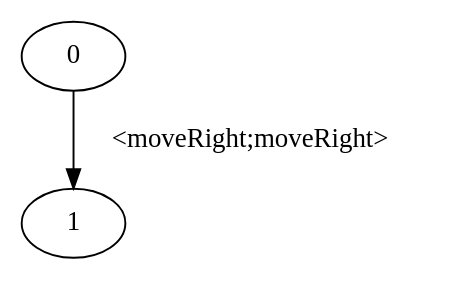
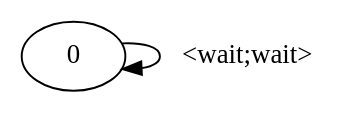
One commit to leonardocarboni/infomlsai changed the diagram in Coursework 3/.w6-3.ispl/formula1.dot. Above: the diagram before and after it, drawn with Graphviz. The commit also changed 14 other files, not shown here.

```diff
--- a/Coursework 3/.w6-3.ispl/formula1.dot
+++ b/Coursework 3/.w6-3.ispl/formula1.dot
@@ -1,5 +1,4 @@
 digraph witness0 {
  0 [label="0",shape=ellipse]
- 1 [label="1",shape=ellipse]
-    0 -> 1[label="<moveRight;moveRight>"]
+    0 -> 0[label="<wait;wait>"]
 }
```
